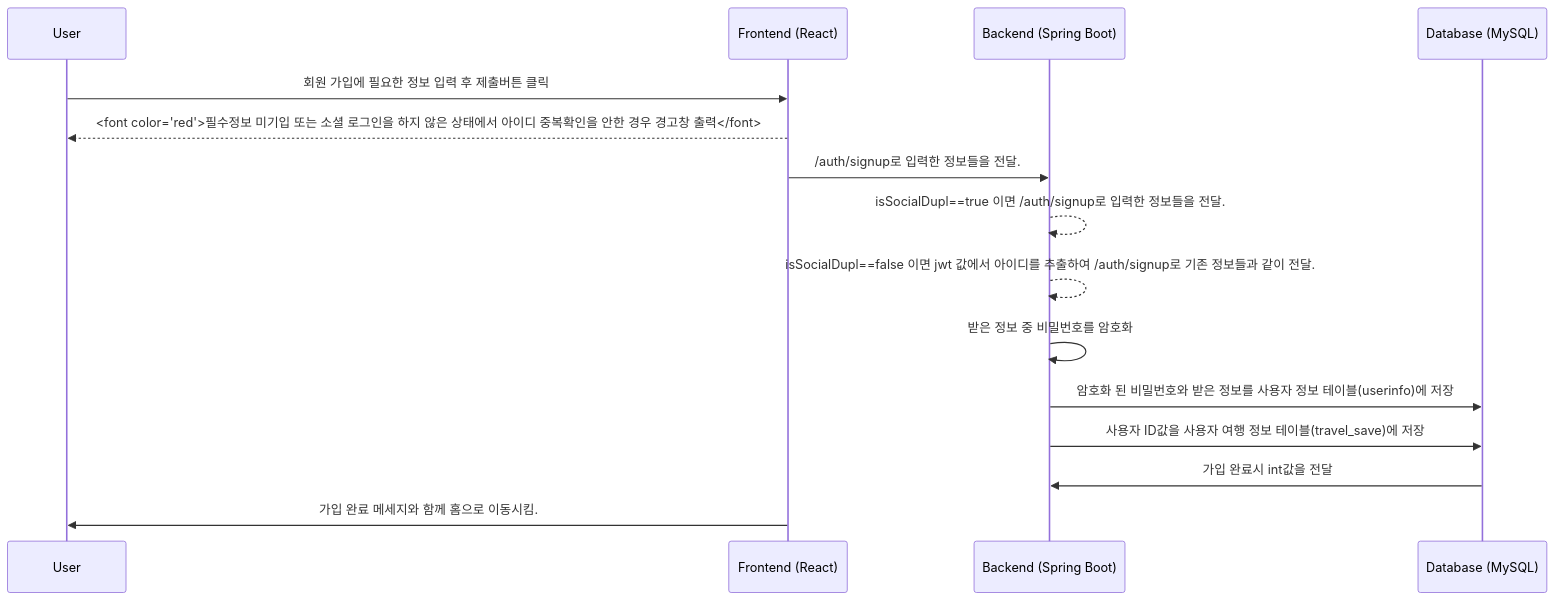
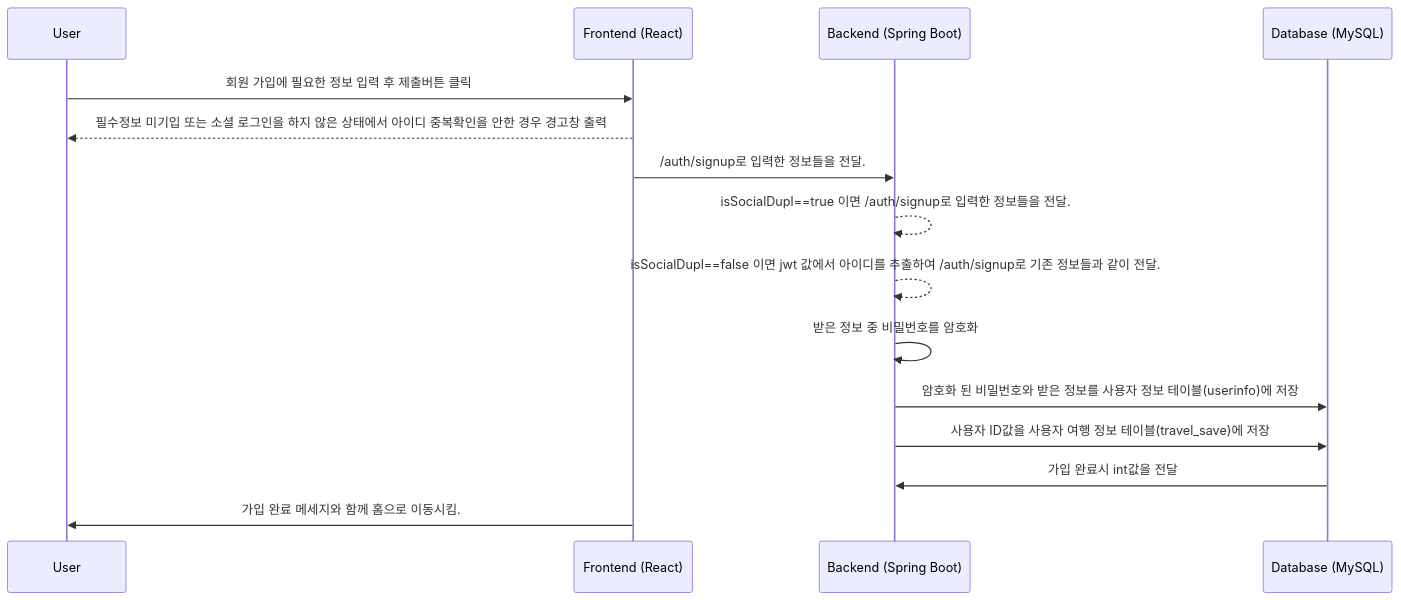
The second of 5 diagrams in bicycle-app/frontend/Auth.md (SUNGJISUCK95/teamproject), drawn with Mermaid before and after one commit. The commit also changed other lines of this file, not shown here.

````diff
--- a/bicycle-app/frontend/Auth.md
+++ b/bicycle-app/frontend/Auth.md
@@ -24,18 +24,18 @@
 ```mermaid
 sequenceDiagram
     participant User
     participant Frontend as Frontend (React)
     participant Backend as Backend (Spring Boot)
     participant DB as Database (MySQL)
 %% 2. 회원가입
     User->>Frontend: 회원 가입에 필요한 정보 입력 후 제출버튼 클릭
-    Frontend-->>User : <font color="red">필수정보 미기입 또는 소셜 로그인을 하지 않은 상태에서 아이디 중복확인을 안한 경우 경고창 출력</font>
+    Frontend-->>User : 필수정보 미기입 또는 소셜 로그인을 하지 않은 상태에서 아이디 중복확인을 안한 경우 경고창 출력
     Frontend->>Backend: /auth/signup로 입력한 정보들을 전달.
     Backend-->>Backend: isSocialDupl==true 이면 /auth/signup로 입력한 정보들을 전달. 
     Backend-->>Backend: isSocialDupl==false 이면 jwt 값에서 아이디를 추출하여 /auth/signup로 기존 정보들과 같이 전달.
     Backend->>Backend : 받은 정보 중 비밀번호를 암호화
     Backend->>DB: 암호화 된 비밀번호와 받은 정보를 사용자 정보 테이블(userinfo)에 저장
     Backend->>DB: 사용자 ID값을 사용자 여행 정보 테이블(travel_save)에 저장
     DB->>Backend: 가입 완료시 int값을 전달
     Frontend->>User : 가입 완료 메세지와 함께 홈으로 이동시킴.
 ```
````
